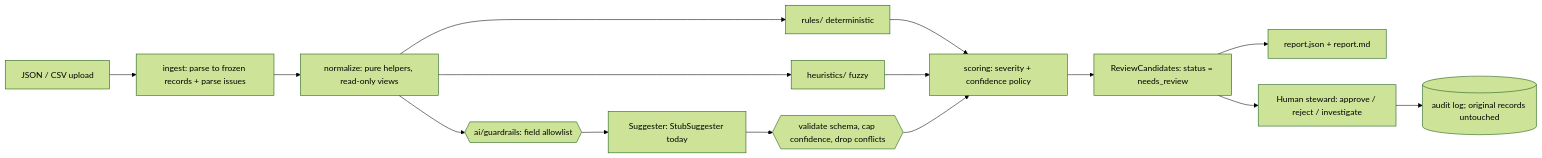
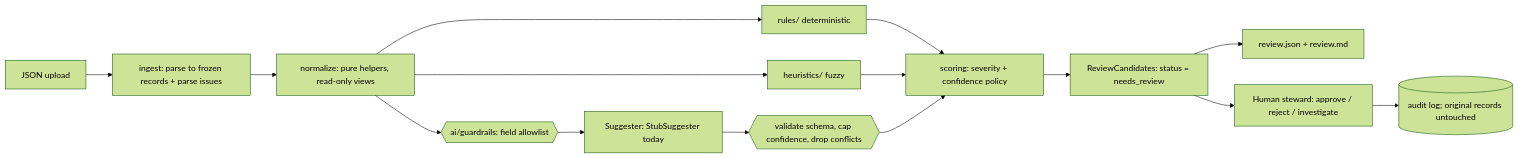
Before and after one commit to thepriyank/verdantis-asgmt: the diagram in docs/ARCHITECTURE.md, drawn with Mermaid (forest theme). The commit also changed other lines of this file and 3 other files, not shown here.

Commit message:
docs: add spec, decisions and architecture; align CLAUDE.md to 2 h timebox

````diff
--- a/docs/ARCHITECTURE.md
+++ b/docs/ARCHITECTURE.md
@@ -3,17 +3,17 @@
 ```mermaid
 flowchart LR
-  IN[JSON / CSV upload] --> ING[ingest: parse to frozen records + parse issues]
+  IN[JSON upload] --> ING[ingest: parse to frozen records + parse issues]
   ING --> NORM[normalize: pure helpers, read-only views]
   NORM --> R[rules/ deterministic]
   NORM --> H[heuristics/ fuzzy]
   NORM --> G{{ai/guardrails: field allowlist}}
   G --> AI[Suggester: StubSuggester today]
   AI --> V{{validate schema, cap confidence, drop conflicts}}
   R --> SC[scoring: severity + confidence policy]
   H --> SC
   V --> SC
   SC --> OUT[ReviewCandidates: status = needs_review]
-  OUT --> REP[report.json + report.md]
+  OUT --> REP[review.json + review.md]
   OUT --> HUM[Human steward: approve / reject / investigate]
   HUM --> AUD[(audit log; original records untouched)]
 ```
````
